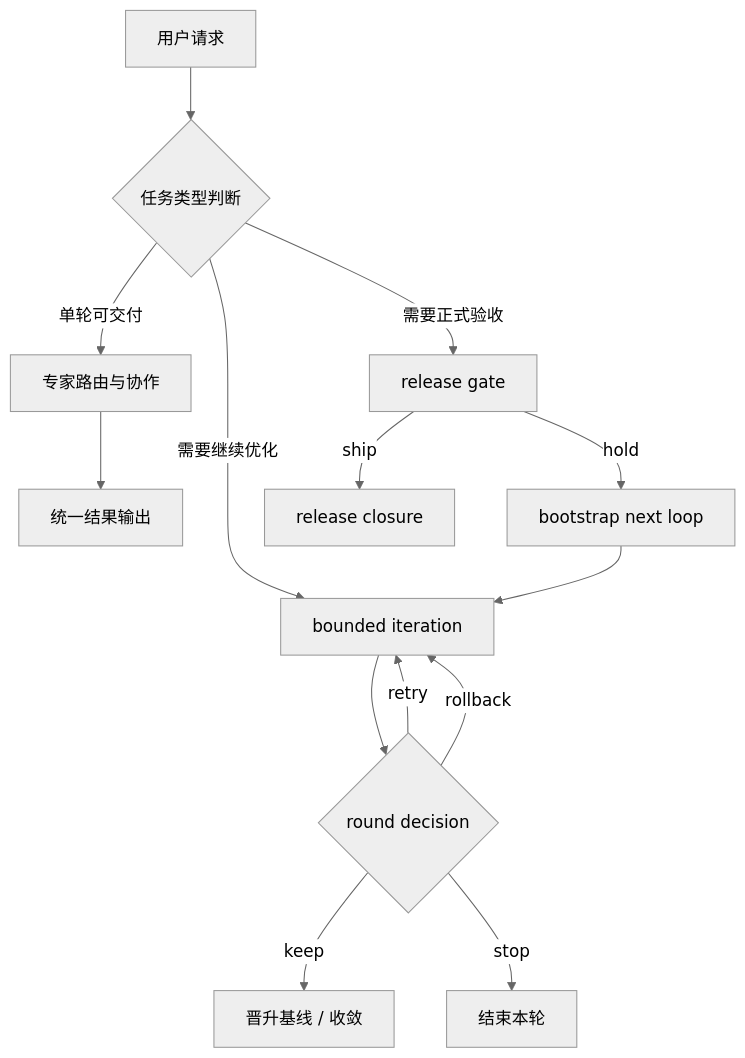
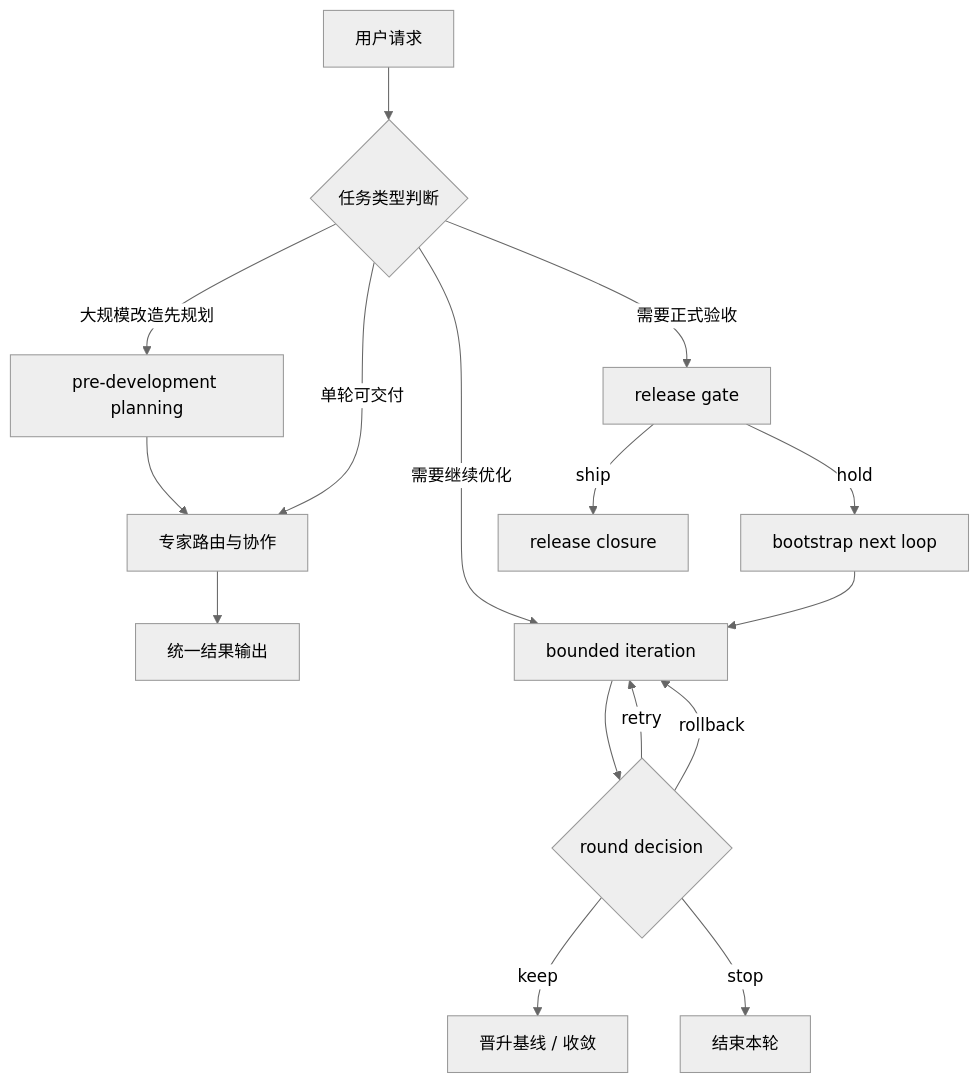
The first of 3 diagrams in references/workflow-sequences.md (fxbin/virtual-intelligent-dev-team), drawn with Mermaid (neutral theme) before and after one commit. The commit also changed other lines of this file and 20 other files, not shown here.

````diff
--- a/references/workflow-sequences.md
+++ b/references/workflow-sequences.md
@@ -24,18 +26,21 @@
 ```mermaid
 flowchart TD
     A[用户请求] --> B{任务类型判断}
-    B -->|单轮可交付| C[专家路由与协作]
+    B -->|大规模改造先规划| P[pre-development planning]
+    P --> C[专家路由与协作]
+
+    B -->|单轮可交付| C
     C --> D[统一结果输出]
 
     B -->|需要继续优化| E[bounded iteration]
     E --> F{round decision}
     F -->|keep| G[晋升基线 / 收敛]
     F -->|retry| E
     F -->|rollback| E
     F -->|stop| H[结束本轮]
 
     B -->|需要正式验收| I[release gate]
     I -->|ship| J[release closure]
     I -->|hold| K[bootstrap next loop]
     K --> E
 ```
````
